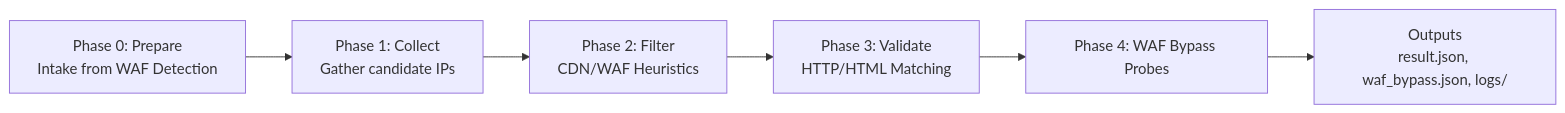
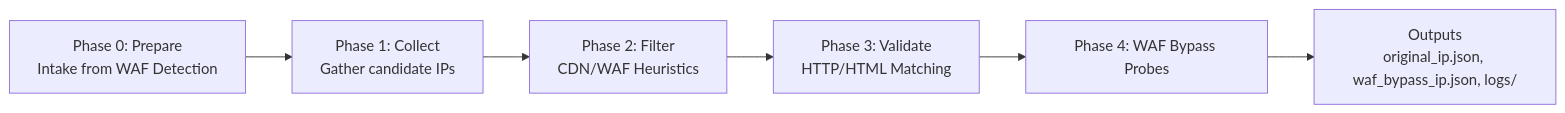
The first of 5 diagrams in README.md (4ll4u/testREADME), drawn with Mermaid before and after one commit. The commit also changed other lines of this file, not shown here.

````diff
--- a/README.md
+++ b/README.md
@@ -23,8 +23,8 @@
 ```mermaid
 flowchart LR
     Z[Phase 0: Prepare<br/>Intake from WAF Detection] --> B[Phase 1: Collect<br/>Gather candidate IPs]
     B --> C[Phase 2: Filter<br/>CDN/WAF Heuristics]
     C --> D[Phase 3: Validate<br/>HTTP/HTML Matching]
     D --> E[Phase 4: WAF Bypass Probes]
-    E --> F[Outputs<br/>result.json, waf_bypass.json, logs/]
+    E --> F[Outputs<br/>original_ip.json, waf_bypass_ip.json, logs/]
 ```
````
